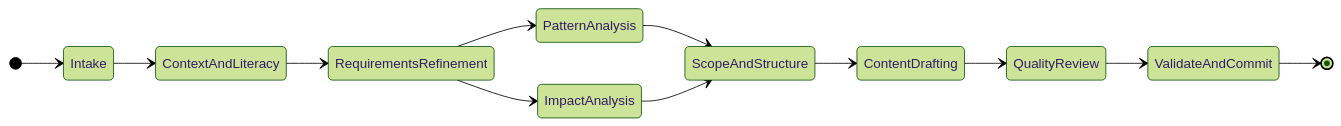
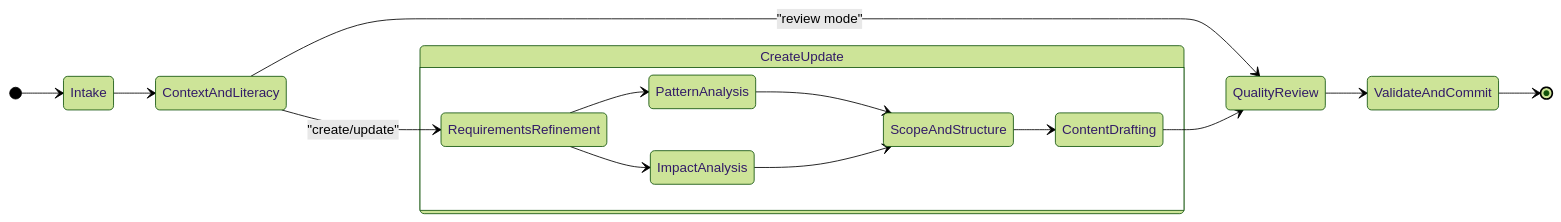
One commit to m2ux/workflow-server changed the diagram in workflow-design/README.md. Above: the diagram before and after it, drawn with Mermaid (forest theme). The commit also changed other lines of this file and 6 other files, not shown here.

First line of the commit message:
feat(workflow-design): add review mode for workflow compliance auditing

````diff
--- a/workflow-design/README.md
+++ b/workflow-design/README.md
@@ -14,15 +15,20 @@
 ```mermaid
 stateDiagram-v2
     direction LR
     [*] --> Intake
     Intake --> ContextAndLiteracy
-    ContextAndLiteracy --> RequirementsRefinement
-    RequirementsRefinement --> PatternAnalysis
-    RequirementsRefinement --> ImpactAnalysis
-    PatternAnalysis --> ScopeAndStructure
-    ImpactAnalysis --> ScopeAndStructure
-    ScopeAndStructure --> ContentDrafting
+
+    state CreateUpdate {
+        RequirementsRefinement --> PatternAnalysis
+        RequirementsRefinement --> ImpactAnalysis
+        PatternAnalysis --> ScopeAndStructure
+        ImpactAnalysis --> ScopeAndStructure
+        ScopeAndStructure --> ContentDrafting
+    }
+
+    ContextAndLiteracy --> RequirementsRefinement: "create/update"
+    ContextAndLiteracy --> QualityReview: "review mode"
     ContentDrafting --> QualityReview
     QualityReview --> ValidateAndCommit
     ValidateAndCommit --> [*]
 ```
````
